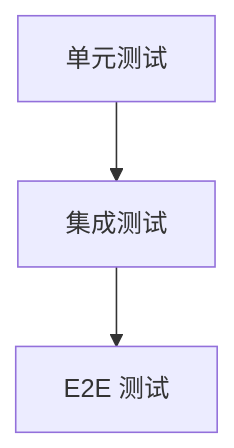
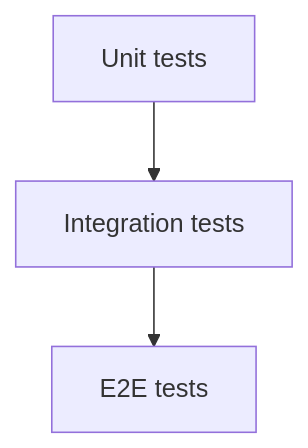
The second of 2 diagrams in docs/en/CONTRIBUTING.md (Kirky-X/confers), drawn with Mermaid before and after one commit. The commit also changed other lines of this file and 16 other files, not shown here.

````diff
--- a/docs/en/CONTRIBUTING.md
+++ b/docs/en/CONTRIBUTING.md
@@ -297,5 +297,5 @@
 ```mermaid
 graph TD
-    A[单元测试] --> B[集成测试]
-    B --> C[E2E 测试]
+    A[Unit tests] --> B[Integration tests]
+    B --> C[E2E tests]
 ```
````
